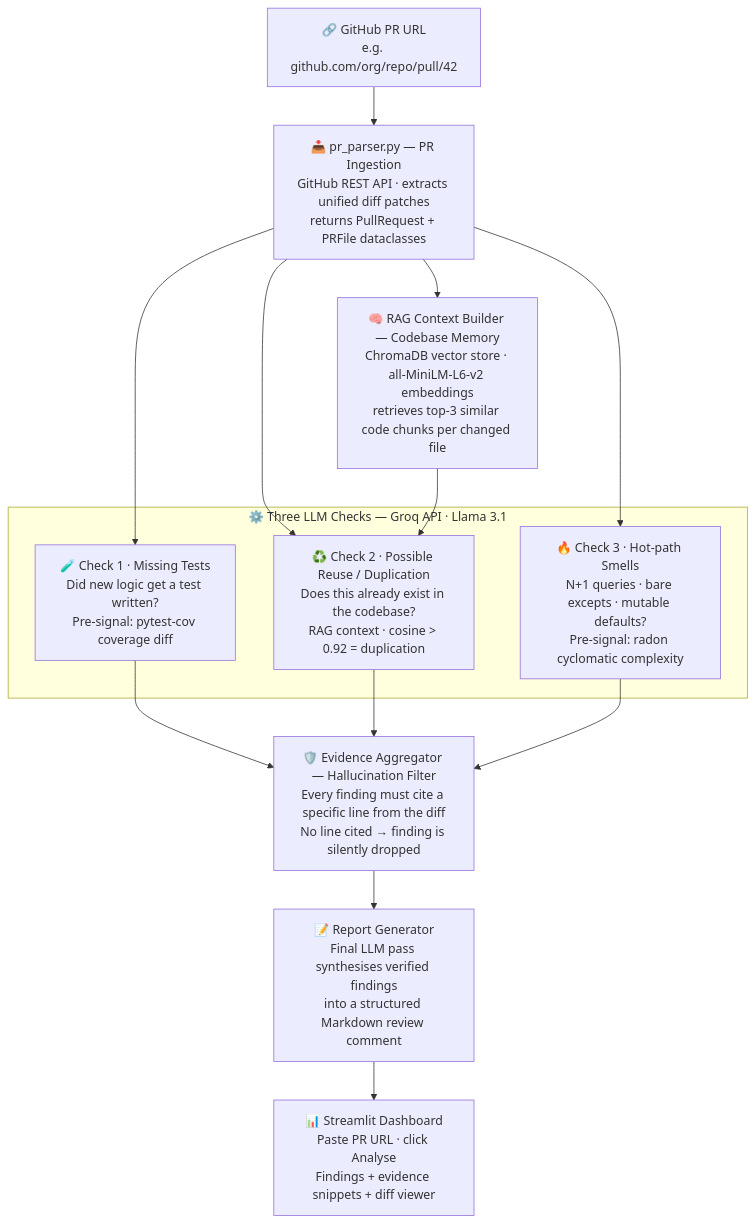
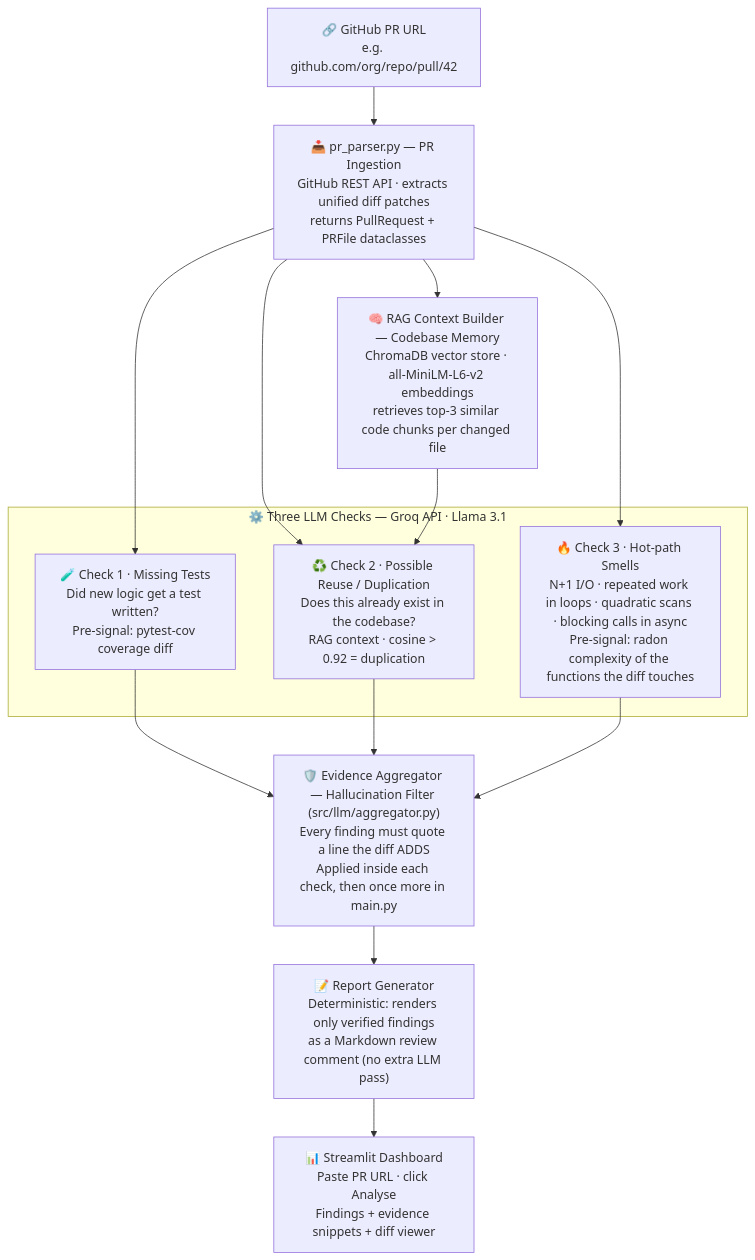
Before and after one commit to sumukha-r/pr-rakshaka: the diagram in docs/architecture.md, drawn with Mermaid. The commit also changed other lines of this file and 1 other file, not shown here.

Commit message:
Updated architecture

````diff
--- a/docs/architecture.md
+++ b/docs/architecture.md
@@ -13,29 +13,29 @@
 ```mermaid
 flowchart TD
     A["🔗 GitHub PR URL\ne.g. github.com/org/repo/pull/42"]
 
     A --> B["📥 pr_parser.py — PR Ingestion\nGitHub REST API · extracts unified diff patches\nreturns PullRequest + PRFile dataclasses"]
 
     B --> C["🧠 RAG Context Builder — Codebase Memory\nChromaDB vector store · all-MiniLM-L6-v2 embeddings\nretrieves top-3 similar code chunks per changed file"]
 
     B --> D1
     B --> D2
     B --> D3
     C --> D2
 
     subgraph checks["⚙️ Three LLM Checks  —  Groq API · Llama 3.1"]
         D1["🧪 Check 1 · Missing Tests\nDid new logic get a test written?\nPre-signal: pytest-cov coverage diff"]
         D2["♻️ Check 2 · Possible Reuse / Duplication\nDoes this already exist in the codebase?\nRAG context · cosine > 0.92 = duplication"]
-        D3["🔥 Check 3 · Hot-path Smells\nN+1 queries · bare excepts · mutable defaults?\nPre-signal: radon cyclomatic complexity"]
+        D3["🔥 Check 3 · Hot-path Smells\nN+1 I/O · repeated work in loops · quadratic scans · blocking calls in async\nPre-signal: radon complexity of the functions the diff touches"]
     end
 
     D1 --> E
     D2 --> E
     D3 --> E
 
-    E["🛡️ Evidence Aggregator — Hallucination Filter\nEvery finding must cite a specific line from the diff\nNo line cited → finding is silently dropped"]
+    E["🛡️ Evidence Aggregator — Hallucination Filter (src/llm/aggregator.py)\nEvery finding must quote a line the diff ADDS\nApplied inside each check, then once more in main.py"]
 
-    E --> F["📝 Report Generator\nFinal LLM pass synthesises verified findings\ninto a structured Markdown review comment"]
+    E --> F["📝 Report Generator\nDeterministic: renders only verified findings\nas a Markdown review comment (no extra LLM pass)"]
 
     F --> G["📊 Streamlit Dashboard\nPaste PR URL · click Analyse\nFindings + evidence snippets + diff viewer"]
 ```
````
